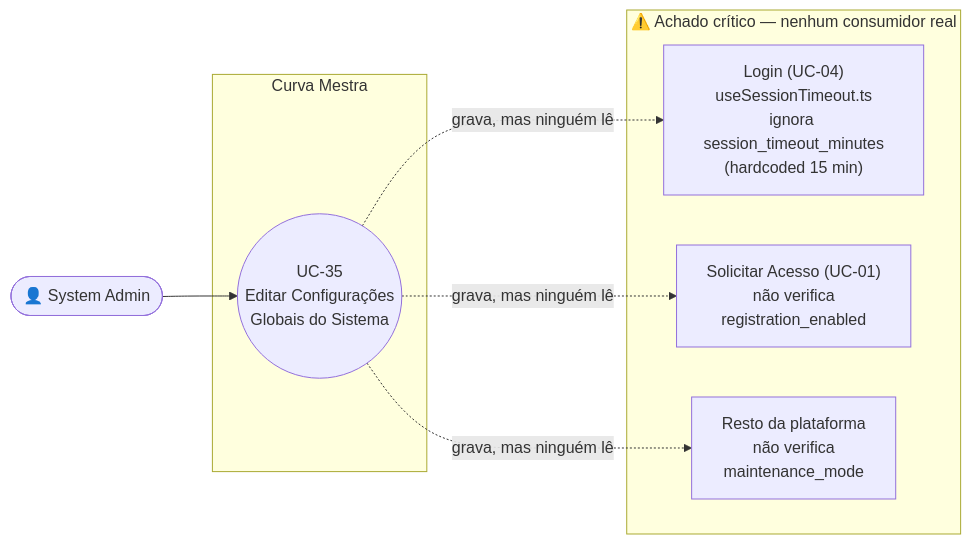
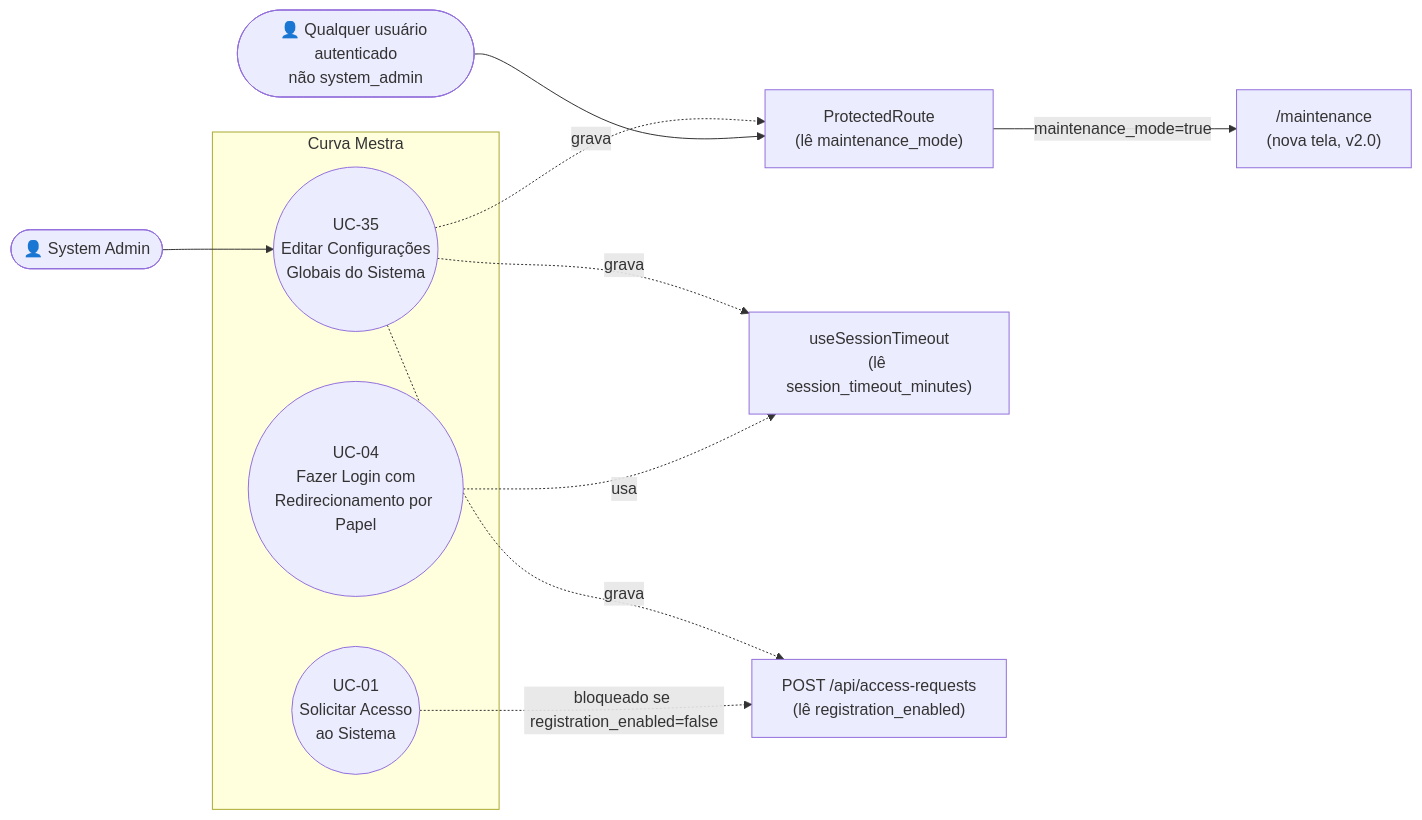
One commit to GScandelari/curva_mestra_system changed the diagram in ONLY_FOR_DEVS/PO_BA_Docs/UC-35-editar-configuracoes-globais-do-sistema.md. Above: the diagram before and after it, drawn with Mermaid. The commit also changed other lines of this file and 5 other files, not shown here.

````diff
--- a/ONLY_FOR_DEVS/PO_BA_Docs/UC-35-editar-configuracoes-globais-do-sistema.md
+++ b/ONLY_FOR_DEVS/PO_BA_Docs/UC-35-editar-configuracoes-globais-do-sistema.md
@@ -16,19 +16,26 @@
 ```mermaid
 flowchart LR
     SystemAdmin([👤 System Admin])
+    AnyUser([👤 Qualquer usuário autenticado\nnão system_admin])
 
     subgraph Sistema["Curva Mestra"]
         UC35(("UC-35\nEditar Configurações\nGlobais do Sistema"))
+        UC04(("UC-04\nFazer Login com\nRedirecionamento por Papel"))
+        UC01(("UC-01\nSolicitar Acesso\nao Sistema"))
     end
 
-    subgraph Desconectado["⚠️ Achado crítico — nenhum consumidor real"]
-        Login["Login (UC-04)\nuseSessionTimeout.ts\nignora session_timeout_minutes\n(hardcoded 15 min)"]
-        Register["Solicitar Acesso (UC-01)\nnão verifica\nregistration_enabled"]
-        Resto["Resto da plataforma\nnão verifica\nmaintenance_mode"]
-    end
+    Maintenance["/maintenance\n(nova tela, v2.0)"]
+    ProtectedRoute["ProtectedRoute\n(lê maintenance_mode)"]
+    SessionTimeout["useSessionTimeout\n(lê session_timeout_minutes)"]
+    AccessRequests["POST /api/access-requests\n(lê registration_enabled)"]
 
     SystemAdmin --> UC35
-    UC35 -.->|grava, mas ninguém lê| Login
-    UC35 -.->|grava, mas ninguém lê| Register
-    UC35 -.->|grava, mas ninguém lê| Resto
+    UC35 -.->|grava| ProtectedRoute
+    UC35 -.->|grava| SessionTimeout
+    UC35 -.->|grava| AccessRequests
+
+    AnyUser --> ProtectedRoute
+    ProtectedRoute -->|maintenance_mode=true| Maintenance
+    UC04 -.->|usa| SessionTimeout
+    UC01 -.->|bloqueado se registration_enabled=false| AccessRequests
 ```
````
